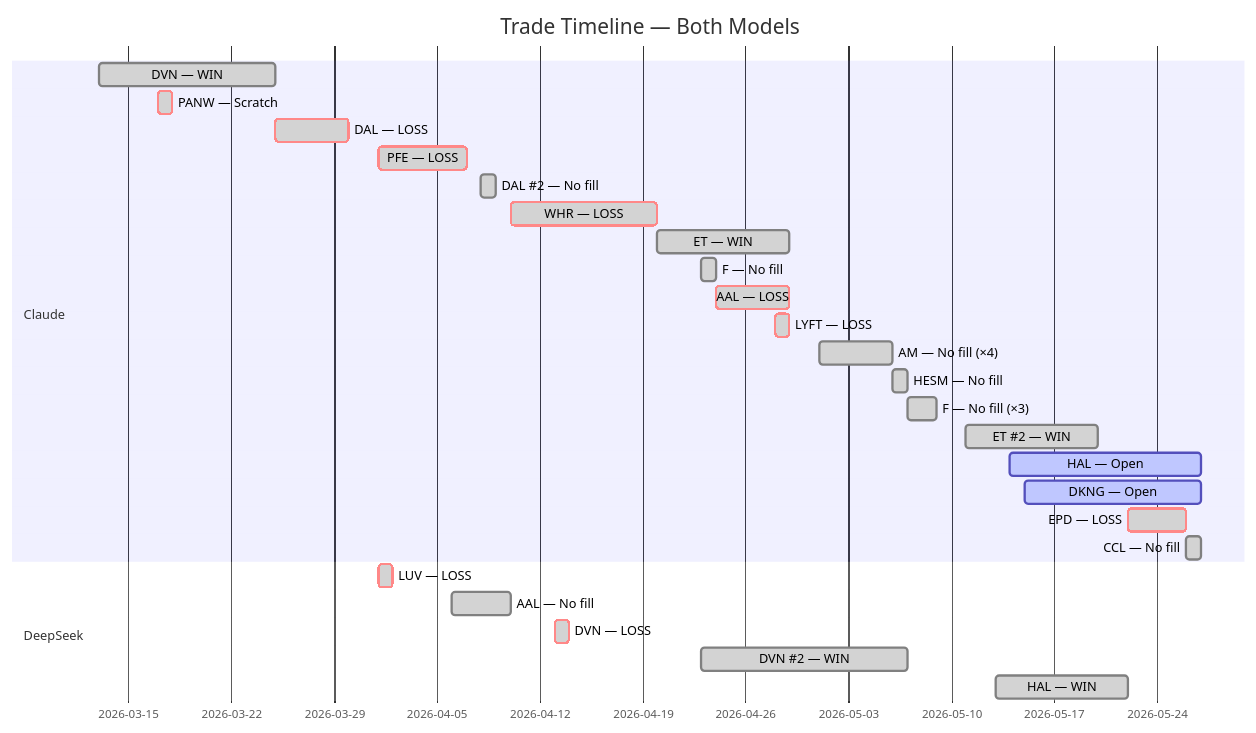
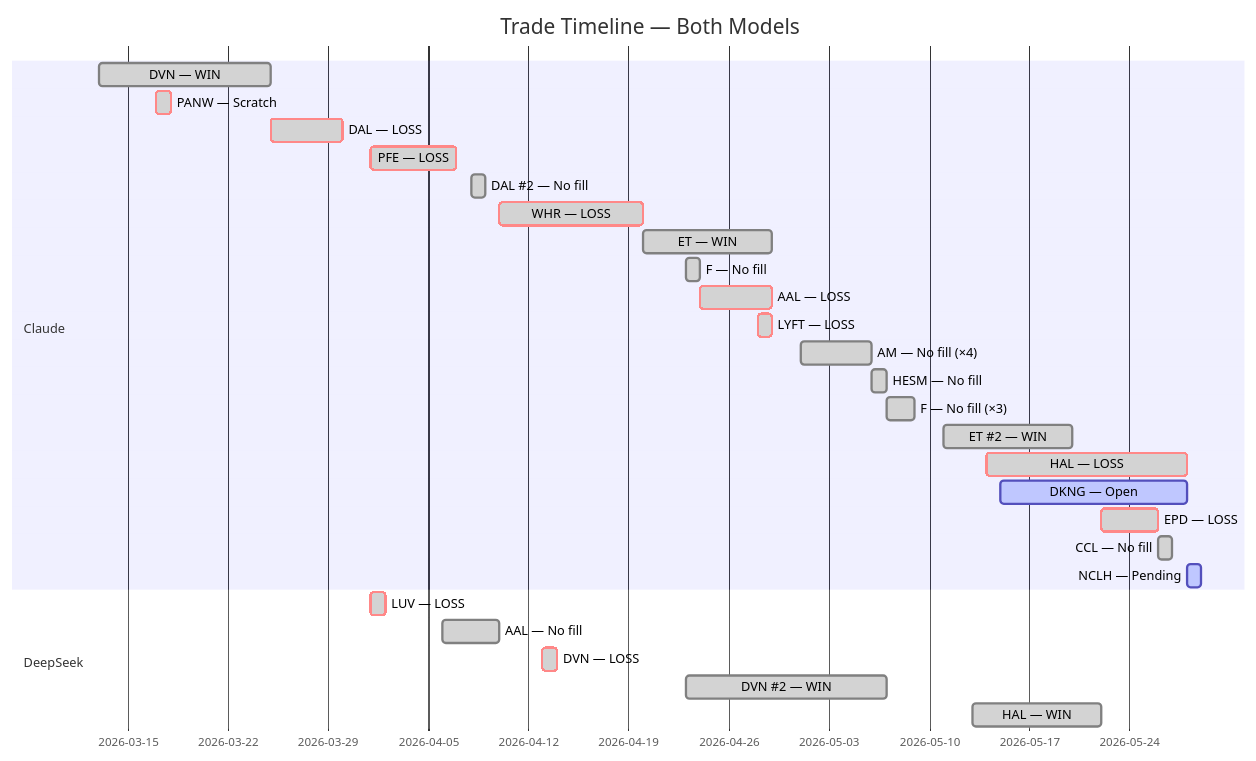
The fifth of 5 diagrams in README.md (zachisit/ai-auto-buy-thesis), drawn with Mermaid before and after one commit. The commit also changed other lines of this file and 2 other files, not shown here.

````diff
--- a/README.md
+++ b/README.md
@@ -63,30 +63,31 @@
 ```mermaid
 gantt
     title Trade Timeline — Both Models
     dateFormat YYYY-MM-DD
     section Claude
     DVN — WIN            :done,    2026-03-13, 2026-03-25
     PANW — Scratch       :crit, done, 2026-03-17, 2026-03-18
     DAL — LOSS           :crit, done, 2026-03-25, 2026-03-30
     PFE — LOSS           :crit, done, 2026-04-01, 2026-04-07
     DAL #2 — No fill     :done,    2026-04-08, 2026-04-09
     WHR — LOSS           :crit, done, 2026-04-10, 2026-04-20
     ET — WIN             :done,    2026-04-20, 2026-04-29
     F — No fill          :done,    2026-04-23, 2026-04-24
     AAL — LOSS           :crit, done, 2026-04-24, 2026-04-29
     LYFT — LOSS          :crit, done, 2026-04-28, 2026-04-29
     AM — No fill (×4)    :done,    2026-05-01, 2026-05-06
     HESM — No fill       :done,    2026-05-06, 2026-05-07
     F — No fill (×3)     :done,    2026-05-07, 2026-05-09
     ET #2 — WIN          :done,    2026-05-11, 2026-05-20
-    HAL — Open           :active,  2026-05-14, 2026-05-27
-    DKNG — Open          :active,  2026-05-15, 2026-05-27
+    HAL — LOSS           :crit, done, 2026-05-14, 2026-05-28
+    DKNG — Open          :active,  2026-05-15, 2026-05-28
     EPD — LOSS           :crit, done, 2026-05-22, 2026-05-26
     CCL — No fill        :done,    2026-05-26, 2026-05-27
+    NCLH — Pending       :active,  2026-05-28, 2026-05-29
     section DeepSeek
     LUV — LOSS           :crit, done, 2026-04-01, 2026-04-02
     AAL — No fill        :done,    2026-04-06, 2026-04-10
     DVN — LOSS           :crit, done, 2026-04-13, 2026-04-14
     DVN #2 — WIN         :done,    2026-04-23, 2026-05-07
     HAL — WIN            :done,    2026-05-13, 2026-05-22
 ```
````
